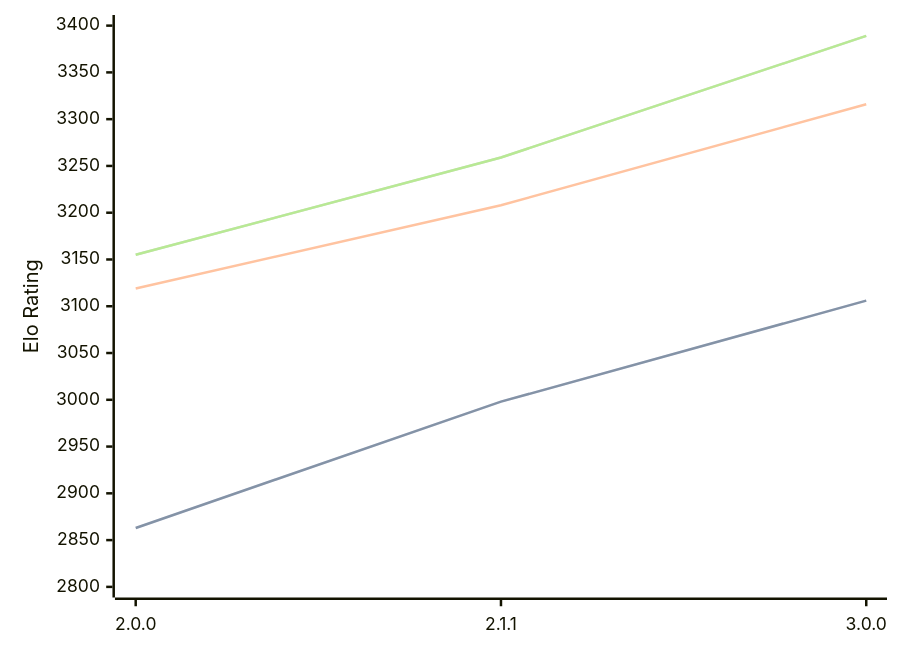
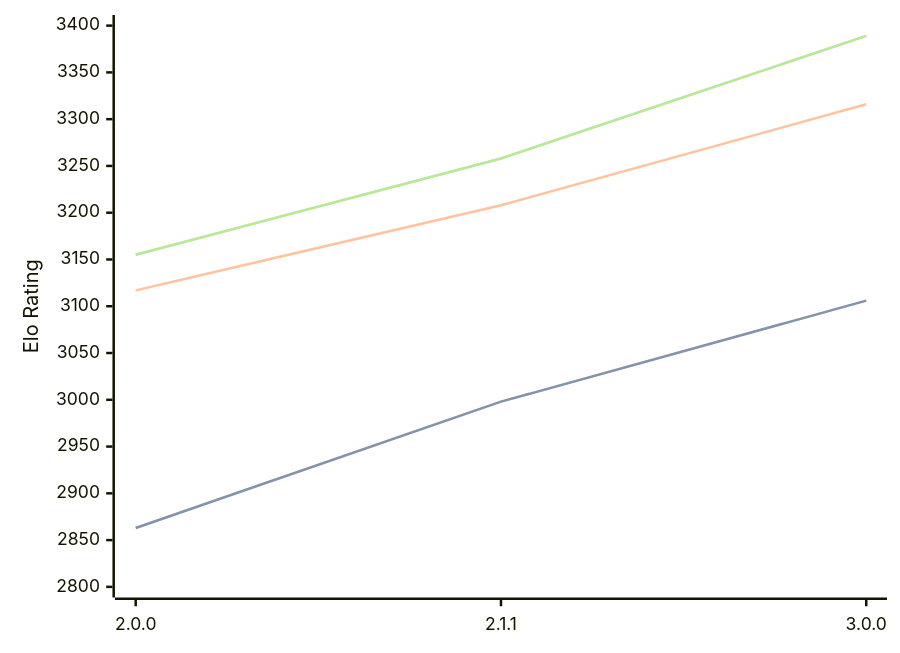
Before and after one commit to computer-chess-index/cci: the diagram in engines/Bread.md, drawn with Mermaid. The commit also changed other lines of this file, not shown here.

Commit message:
Update CCI Ratings (ELO VLTC) - 2026-09-11

````diff
--- a/engines/Bread.md
+++ b/engines/Bread.md
@@ -36,11 +36,11 @@
 ```mermaid
 %%{init: {"theme":"base","themeVariables":{"seriesColors:['#a3a3a3','#222221','#faa371']}}}%%
 xychart-beta
   x-axis ["2.0.0", "2.1.1", "3.0.0"]
   y-axis "Elo Rating" 2800 --> 3400
   line "" [2863, 2998, 3106]
   line "STC (8.0+0.08s)" [2863, 2998, 3106]
-  line "LTC (60.0+0.60s)" [3119, 3208, 3316]
-  line "" [3155, 3259, 3389]
-  line "VLTC (2m24s+1.12s)" [3155, 3259, 3389]
+  line "LTC (60.0+0.60s)" [3117, 3208, 3316]
+  line "" [3155, 3258, 3389]
+  line "VLTC (2m24s+1.12s)" [3155, 3258, 3389]
 ```
````
